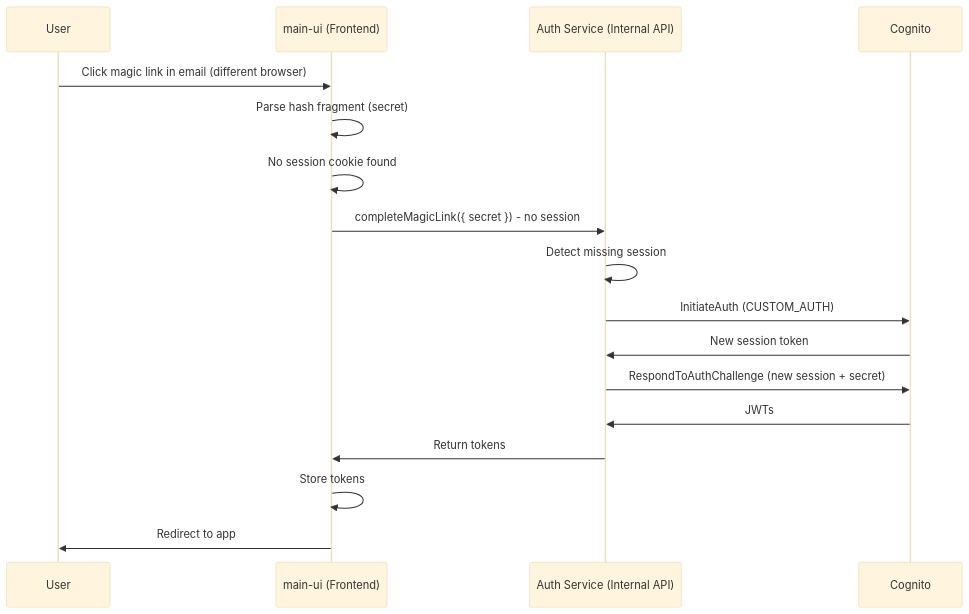
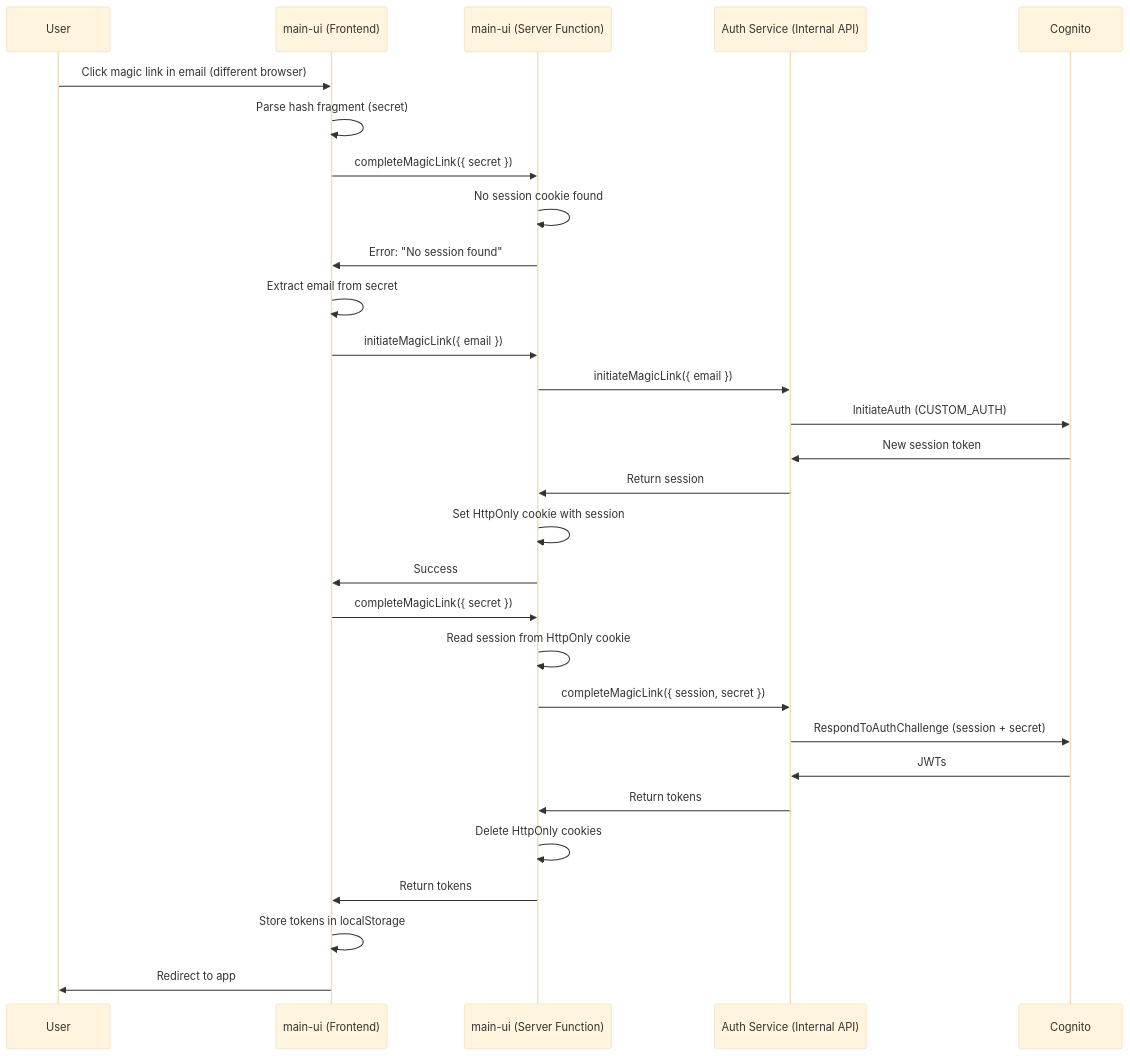
The second of 2 diagrams in docs/auth.md (hoangnd25/monorepo), drawn with Mermaid (base theme) before and after one commit. The commit also changed other lines of this file and 12 other files, not shown here.

````diff
--- a/docs/auth.md
+++ b/docs/auth.md
@@ -512,20 +516,32 @@
 ```mermaid
 sequenceDiagram
     participant User
     participant MainUI as main-ui (Frontend)
+    participant ServerFn as main-ui (Server Function)
     participant AuthAPI as Auth Service (Internal API)
     participant Cognito
 
     User->>MainUI: Click magic link in email (different browser)
     MainUI->>MainUI: Parse hash fragment (secret)
-    MainUI->>MainUI: No session cookie found
-    MainUI->>AuthAPI: completeMagicLink({ secret }) - no session
-    AuthAPI->>AuthAPI: Detect missing session
+    MainUI->>ServerFn: completeMagicLink({ secret })
+    ServerFn->>ServerFn: No session cookie found
+    ServerFn->>MainUI: Error: "No session found"
+    MainUI->>MainUI: Extract email from secret
+    MainUI->>ServerFn: initiateMagicLink({ email })
+    ServerFn->>AuthAPI: initiateMagicLink({ email })
     AuthAPI->>Cognito: InitiateAuth (CUSTOM_AUTH)
     Cognito->>AuthAPI: New session token
-    AuthAPI->>Cognito: RespondToAuthChallenge (new session + secret)
+    AuthAPI->>ServerFn: Return session
+    ServerFn->>ServerFn: Set HttpOnly cookie with session
+    ServerFn->>MainUI: Success
+    MainUI->>ServerFn: completeMagicLink({ secret })
+    ServerFn->>ServerFn: Read session from HttpOnly cookie
+    ServerFn->>AuthAPI: completeMagicLink({ session, secret })
+    AuthAPI->>Cognito: RespondToAuthChallenge (session + secret)
     Cognito->>AuthAPI: JWTs
-    AuthAPI->>MainUI: Return tokens
-    MainUI->>MainUI: Store tokens
+    AuthAPI->>ServerFn: Return tokens
+    ServerFn->>ServerFn: Delete HttpOnly cookies
+    ServerFn->>MainUI: Return tokens
+    MainUI->>MainUI: Store tokens in localStorage
     MainUI->>User: Redirect to app
 ```
````
